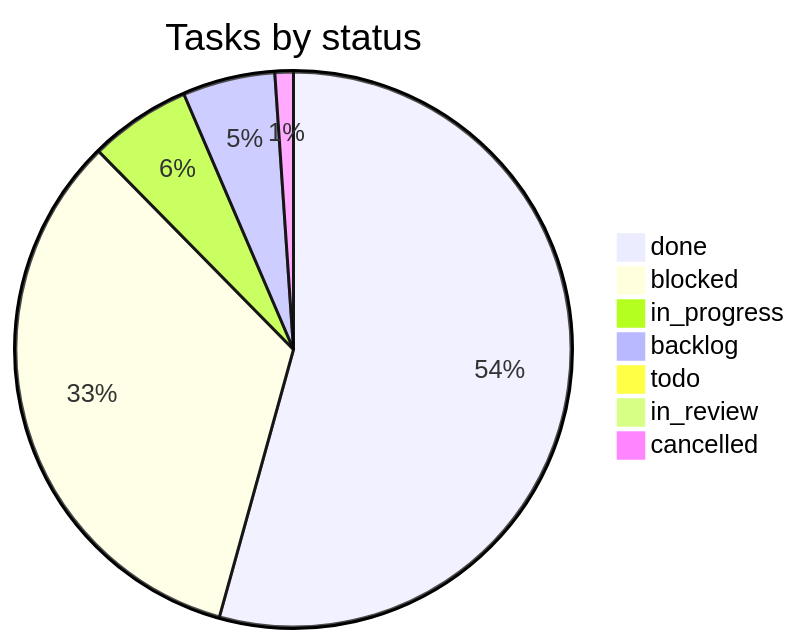
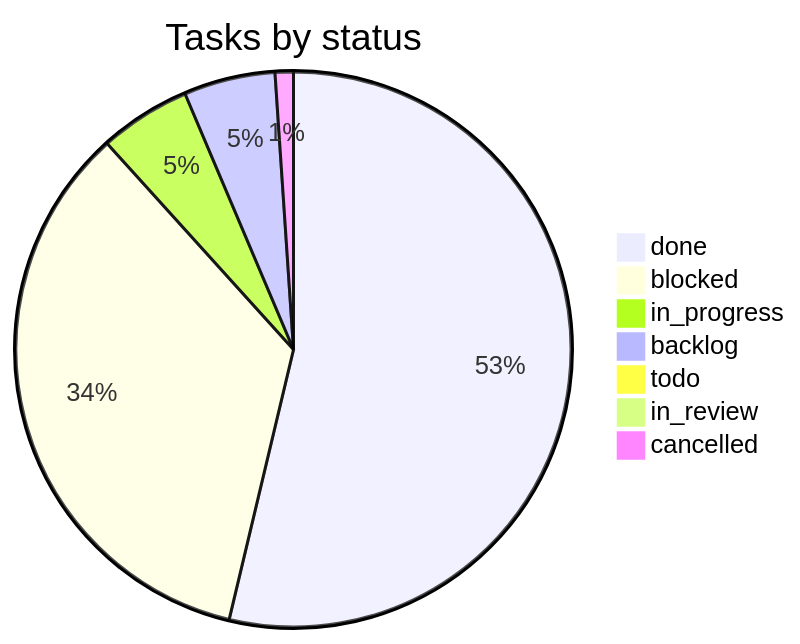
One commit to vulcanflow/docs changed the second of 2 diagrams in PROGRESS.md. Above: the diagram before and after it, drawn with Mermaid. The commit also changed other lines of this file and 1 other file, not shown here.

Commit message:
progress: 1 status change, 2 new tasks (VFL-240, VFL-241) (#88)

````diff
--- a/PROGRESS.md
+++ b/PROGRESS.md
@@ -58,10 +58,10 @@
 ```mermaid
 pie title Tasks by status
   "done" : 101
-  "blocked" : 62
-  "in_progress" : 11
+  "blocked" : 65
+  "in_progress" : 10
   "backlog" : 10
   "todo" : 1
   "in_review" : 1
   "cancelled" : 2
 ```
````
